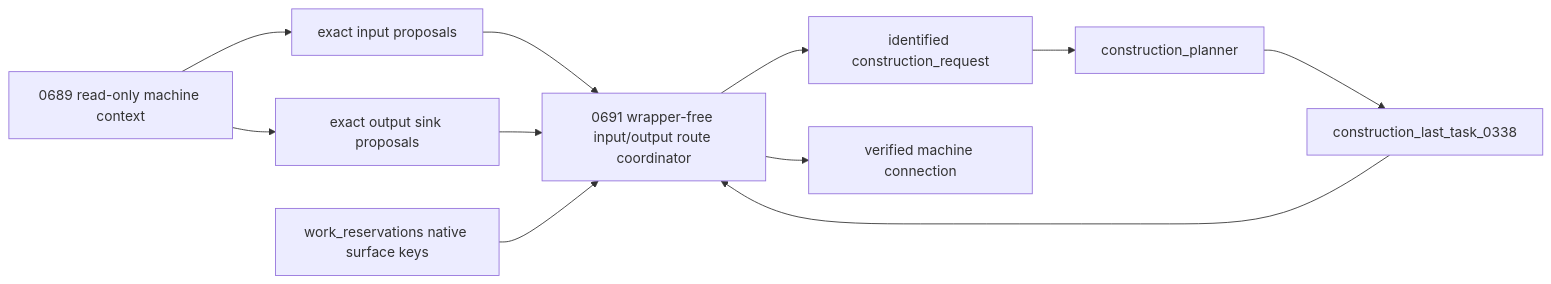
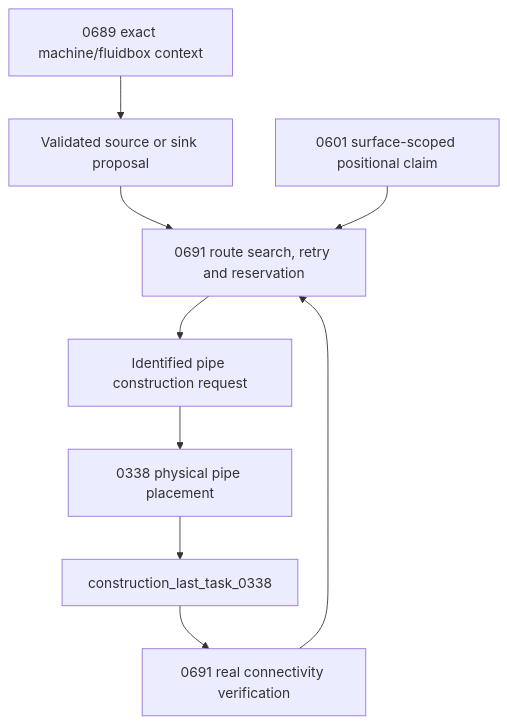
The fourth of 5 diagrams in docs/RECOVERY_AUTHORITY_MAP_CURRENT.md (mrcalzon02/Tech-Priests), drawn with Mermaid before and after one commit. The commit also changed other lines of this file and 45 other files, not shown here.

````diff
--- a/docs/RECOVERY_AUTHORITY_MAP_CURRENT.md
+++ b/docs/RECOVERY_AUTHORITY_MAP_CURRENT.md
@@ -197,13 +106,11 @@
 ```mermaid
-flowchart LR
-    Doctrine[0689 read-only machine context] --> Input[exact input proposals]
-    Doctrine --> Output[exact output sink proposals]
-    Input --> Route[0691 wrapper-free input/output route coordinator]
-    Output --> Route
-    Reservations[work_reservations native surface keys] --> Route
-    Route --> Request[identified construction_request]
-    Request --> Construction[construction_planner]
-    Construction --> Ledger[construction_last_task_0338]
-    Ledger --> Route
-    Route --> Connected[verified machine connection]
+flowchart TD
+    Machine["0689 exact machine/fluidbox context"] --> Proposal["Validated source or sink proposal"]
+    Proposal --> Route["0691 route search, retry and reservation"]
+    Claim["0601 surface-scoped positional claim"] --> Route
+    Route --> Request["Identified pipe construction request"]
+    Request --> Builder["0338 physical pipe placement"]
+    Builder --> Ledger["construction_last_task_0338"]
+    Ledger --> Verify["0691 real connectivity verification"]
+    Verify --> Route
 ```
````
